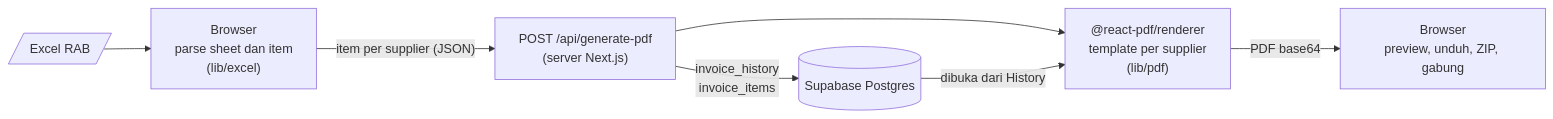
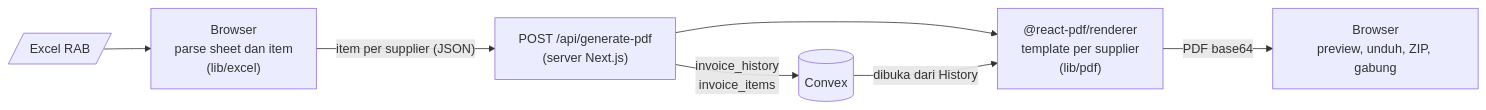
Before and after one commit to shelviapramodita/invoice-generate: the diagram in README.md, drawn with Mermaid. The commit also changed other lines of this file and 63 other files, not shown here.

First line of the commit message:
feat: pindah backend dari Supabase ke Convex (#3)

````diff
--- a/README.md
+++ b/README.md
@@ -55,9 +55,9 @@
 ```mermaid
 flowchart LR
     xlsx[/"Excel RAB"/] --> parse["Browser<br/>parse sheet dan item<br/>(lib/excel)"]
     parse -->|"item per supplier (JSON)"| api["POST /api/generate-pdf<br/>(server Next.js)"]
     api --> render["@react-pdf/renderer<br/>template per supplier<br/>(lib/pdf)"]
-    api -->|"invoice_history<br/>invoice_items"| db[("Supabase Postgres")]
+    api -->|"invoice_history<br/>invoice_items"| db[("Convex")]
     render -->|"PDF base64"| preview["Browser<br/>preview, unduh, ZIP, gabung"]
     db -->|"dibuka dari History"| render
 ```
````
